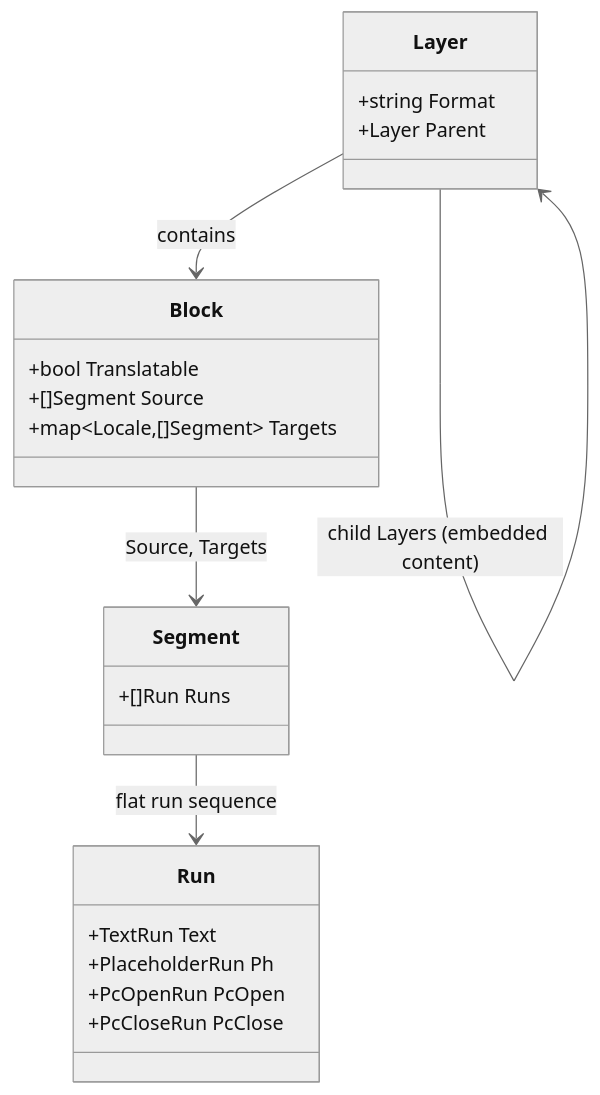
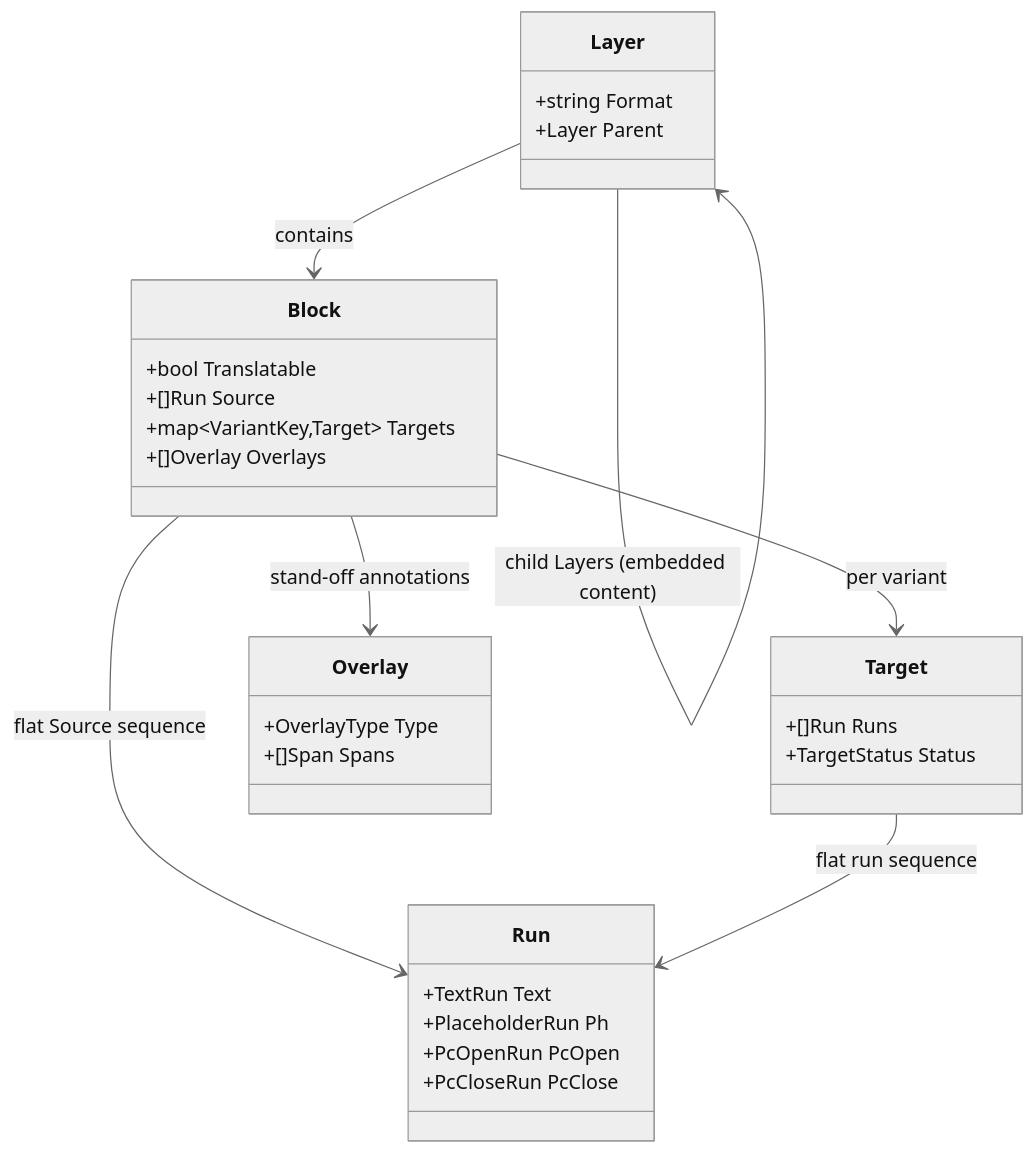
One commit to neokapi/neokapi changed the diagram in web/docs/docs/framework/content-model.md. Above: the diagram before and after it, drawn with Mermaid (neutral theme). The commit also changed other lines of this file and 7 other files, not shown here.

````diff
--- a/web/docs/docs/framework/content-model.md
+++ b/web/docs/docs/framework/content-model.md
@@ -64,25 +64,33 @@
 ```mermaid
 classDiagram
     class Layer {
         +string Format
         +Layer Parent
     }
     class Block {
         +bool Translatable
-        +[]Segment Source
-        +map~Locale,[]Segment~ Targets
+        +[]Run Source
+        +map~VariantKey,Target~ Targets
+        +[]Overlay Overlays
     }
-    class Segment {
+    class Target {
         +[]Run Runs
+        +TargetStatus Status
+    }
+    class Overlay {
+        +OverlayType Type
+        +[]Span Spans
     }
     class Run {
         +TextRun Text
         +PlaceholderRun Ph
         +PcOpenRun PcOpen
         +PcCloseRun PcClose
     }
     Layer --> Layer : child Layers (embedded content)
     Layer --> Block : contains
-    Block --> Segment : Source, Targets
-    Segment --> Run : flat run sequence
+    Block --> Run : flat Source sequence
+    Block --> Target : per variant
+    Block --> Overlay : stand-off annotations
+    Target --> Run : flat run sequence
 ```
````
